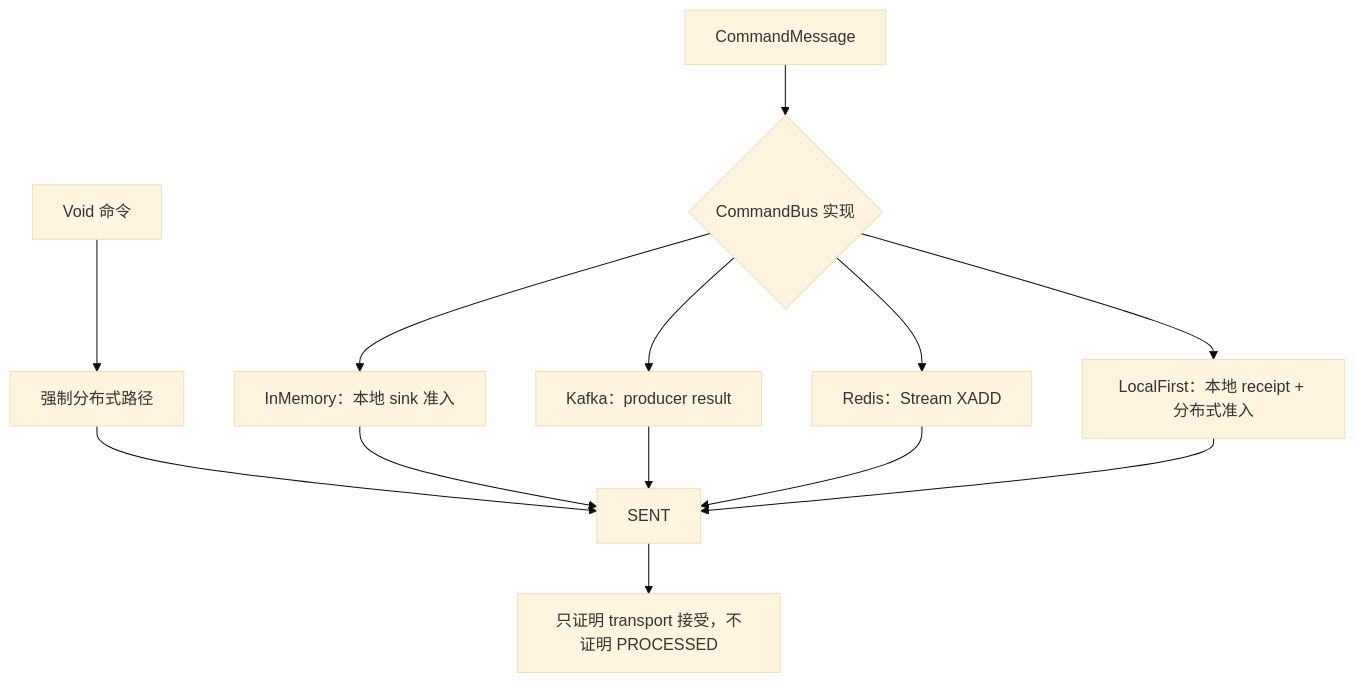
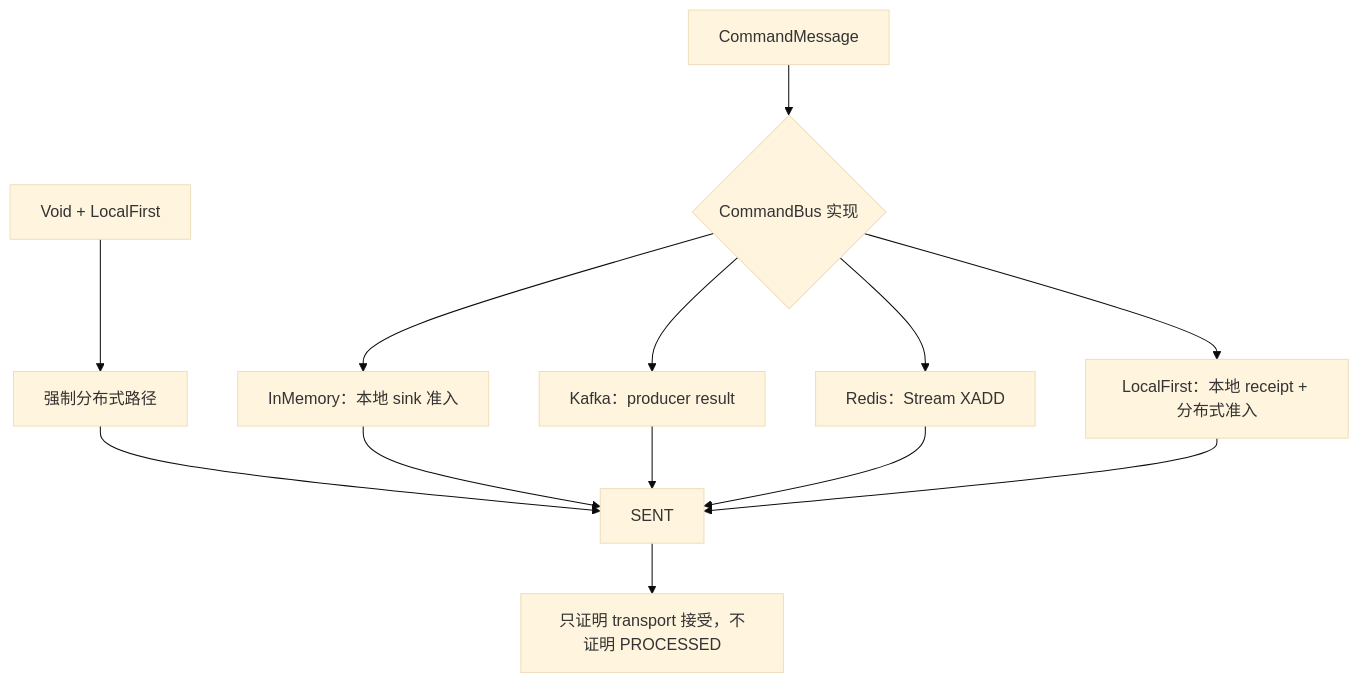
One commit to Ahoo-Wang/Wow changed the diagram in documentation/docs/zh/guide/command/internals/transport.md. Above: the diagram before and after it, drawn with Mermaid (base theme). The commit also changed 11 other files, not shown here.

Commit message:
docs: correct final diagram semantics

````diff
--- a/documentation/docs/zh/guide/command/internals/transport.md
+++ b/documentation/docs/zh/guide/command/internals/transport.md
@@ -13,15 +13,15 @@
 ```mermaid
 flowchart TB
     Command["CommandMessage"] --> Transport{"CommandBus 实现"}
     Transport --> InMemory["InMemory：本地 sink 准入"]
     Transport --> Kafka["Kafka：producer result"]
     Transport --> Redis["Redis：Stream XADD"]
     Transport --> LocalFirst["LocalFirst：本地 receipt + 分布式准入"]
-    Void["Void 命令"] --> Distributed["强制分布式路径"]
+    Void["Void + LocalFirst"] --> Distributed["强制分布式路径"]
     Distributed --> Sent
     InMemory --> Sent["SENT"]
     Kafka --> Sent
     Redis --> Sent
     LocalFirst --> Sent
     Sent --> Boundary["只证明 transport 接受，不证明 PROCESSED"]
 ```
````
